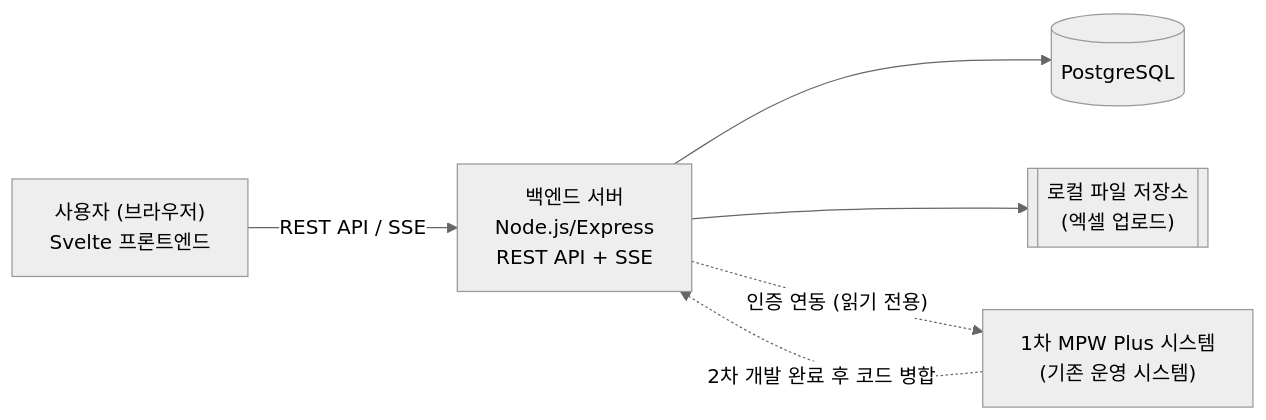
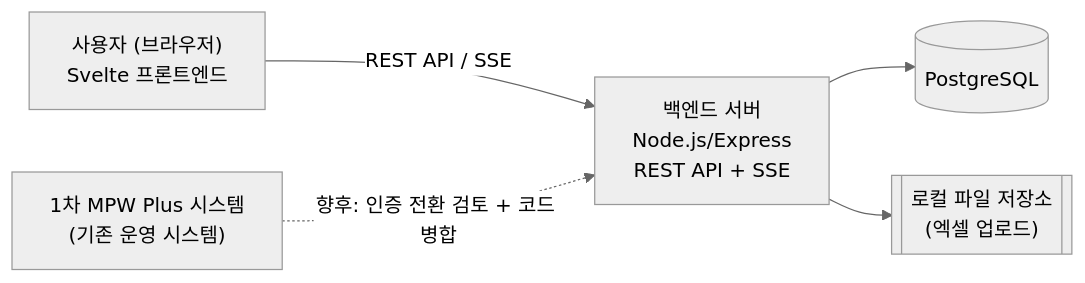
The diagram in docs/5-arch-diagram.md (jeongyunki/Cld_MPW_Phase2), drawn with Mermaid (neutral theme) before and after one commit. The commit also changed other lines of this file and 5 other files, not shown here.

First line of the commit message:
Add ERD, fix tech-stack consistency, and flip auth plan to self-built-first

````diff
--- a/docs/5-arch-diagram.md
+++ b/docs/5-arch-diagram.md
@@ -7,14 +7,13 @@
 ```mermaid
 flowchart LR
     User["사용자 (브라우저)<br/>Svelte 프론트엔드"]
     Backend["백엔드 서버<br/>Node.js/Express<br/>REST API + SSE"]
     DB[("PostgreSQL")]
     Files[["로컬 파일 저장소<br/>(엑셀 업로드)"]]
     Legacy["1차 MPW Plus 시스템<br/>(기존 운영 시스템)"]
 
     User -- "REST API / SSE" --> Backend
     Backend --> DB
     Backend --> Files
-    Backend -. "인증 연동 (읽기 전용)" .-> Legacy
-    Legacy -. "2차 개발 완료 후 코드 병합" .-> Backend
+    Legacy -. "향후: 인증 전환 검토 + 코드 병합" .-> Backend
 ```
````
